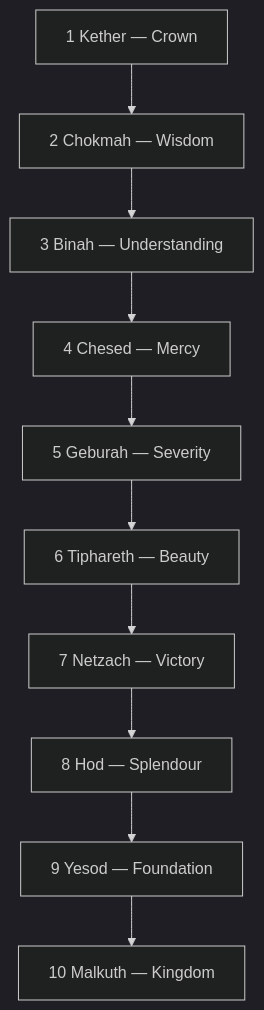
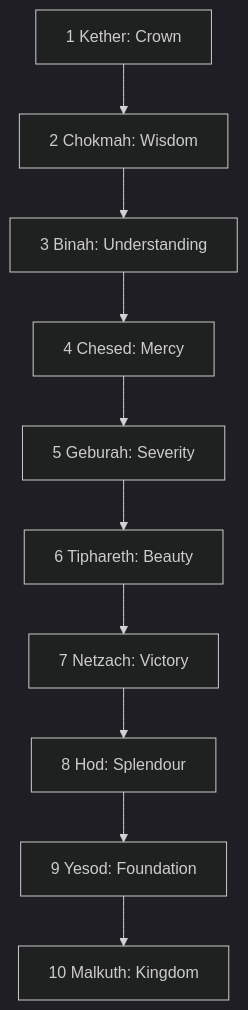
Before and after one commit to kennethreitz/kennethreitz.org: the diagram in data/knowledge/tree-of-life/index.md, drawn with Mermaid (dark theme). The commit also changed other lines of this file and 879 other files, not shown here.

````diff
--- a/data/knowledge/tree-of-life/index.md
+++ b/data/knowledge/tree-of-life/index.md
@@ -34,13 +34,13 @@
 ```mermaid
 flowchart TD
-    K["1 Kether — Crown"]
-    K --> C["2 Chokmah — Wisdom"]
-    C --> B["3 Binah — Understanding"]
-    B --> Ch["4 Chesed — Mercy"]
-    Ch --> G["5 Geburah — Severity"]
-    G --> T["6 Tiphareth — Beauty"]
-    T --> N["7 Netzach — Victory"]
-    N --> H["8 Hod — Splendour"]
-    H --> Y["9 Yesod — Foundation"]
-    Y --> M["10 Malkuth — Kingdom"]
+    K["1 Kether: Crown"]
+    K --> C["2 Chokmah: Wisdom"]
+    C --> B["3 Binah: Understanding"]
+    B --> Ch["4 Chesed: Mercy"]
+    Ch --> G["5 Geburah: Severity"]
+    G --> T["6 Tiphareth: Beauty"]
+    T --> N["7 Netzach: Victory"]
+    N --> H["8 Hod: Splendour"]
+    H --> Y["9 Yesod: Foundation"]
+    Y --> M["10 Malkuth: Kingdom"]
 ```
````
